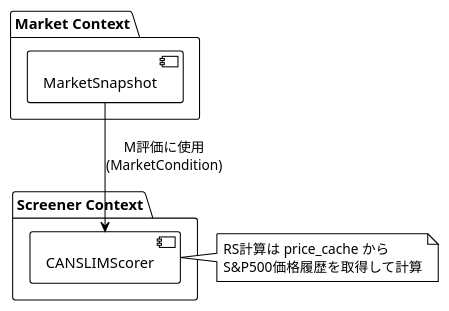
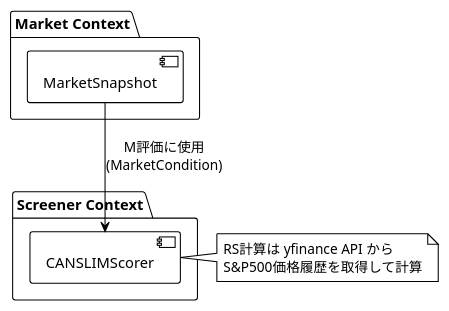
Before and after one commit to ryota197/ai-trade-pj: the second of 2 diagrams in docs/poc/domain/market/aggregates.md, drawn with PlantUML. The commit also changed other lines of this file and 2 other files, not shown here.

Commit message:
delete price_cache table

````diff
--- a/docs/poc/domain/market/aggregates.md
+++ b/docs/poc/domain/market/aggregates.md
@@ -229,21 +229,21 @@
 ```plantuml
 @startuml Context Integration
 !theme plain
 
 package "Market Context" {
     [MarketSnapshot] as MS
 }
 
 package "Screener Context" {
     [CANSLIMScorer] as CS
 }
 
 MS --> CS : "M評価に使用\n(MarketCondition)"
 
 note right of CS
-  RS計算は price_cache から
+  RS計算は yfinance API から
   S&P500価格履歴を取得して計算
 end note
 
 @enduml
 ```
````
